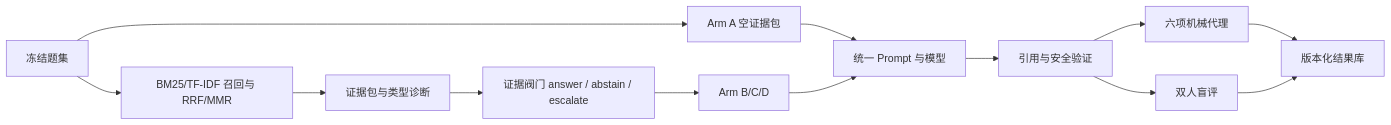
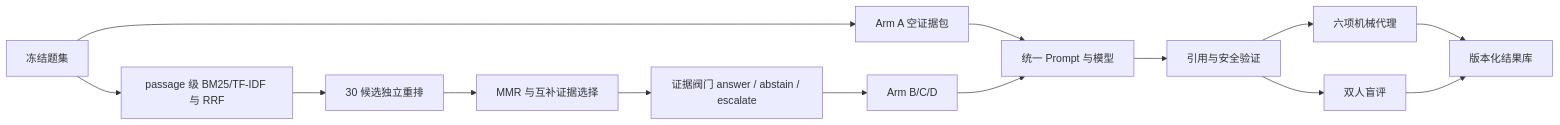
Before and after one commit to Type81-1/evidence-rag-benchmark: the diagram in docs/architecture.md, drawn with Mermaid. The commit also changed other lines of this file and 6 other files, not shown here.

````diff
--- a/docs/architecture.md
+++ b/docs/architecture.md
@@ -26,15 +26,16 @@
 ```mermaid
 flowchart LR
-    Q[冻结题集] --> R[BM25/TF-IDF 召回与 RRF/MMR]
-    R --> P[证据包与类型诊断]
+    Q[冻结题集] --> R[passage 级 BM25/TF-IDF 与 RRF]
+    R --> X[30 候选独立重排]
+    X --> P[MMR 与互补证据选择]
     P --> E[证据阀门 answer / abstain / escalate]
     Q --> A[Arm A 空证据包]
     E --> B[Arm B/C/D]
     A --> G[统一 Prompt 与模型]
     B --> G
     G --> V[引用与安全验证]
     V --> M[六项机械代理]
     V --> H[双人盲评]
     M --> O[版本化结果库]
     H --> O
 ```
````
